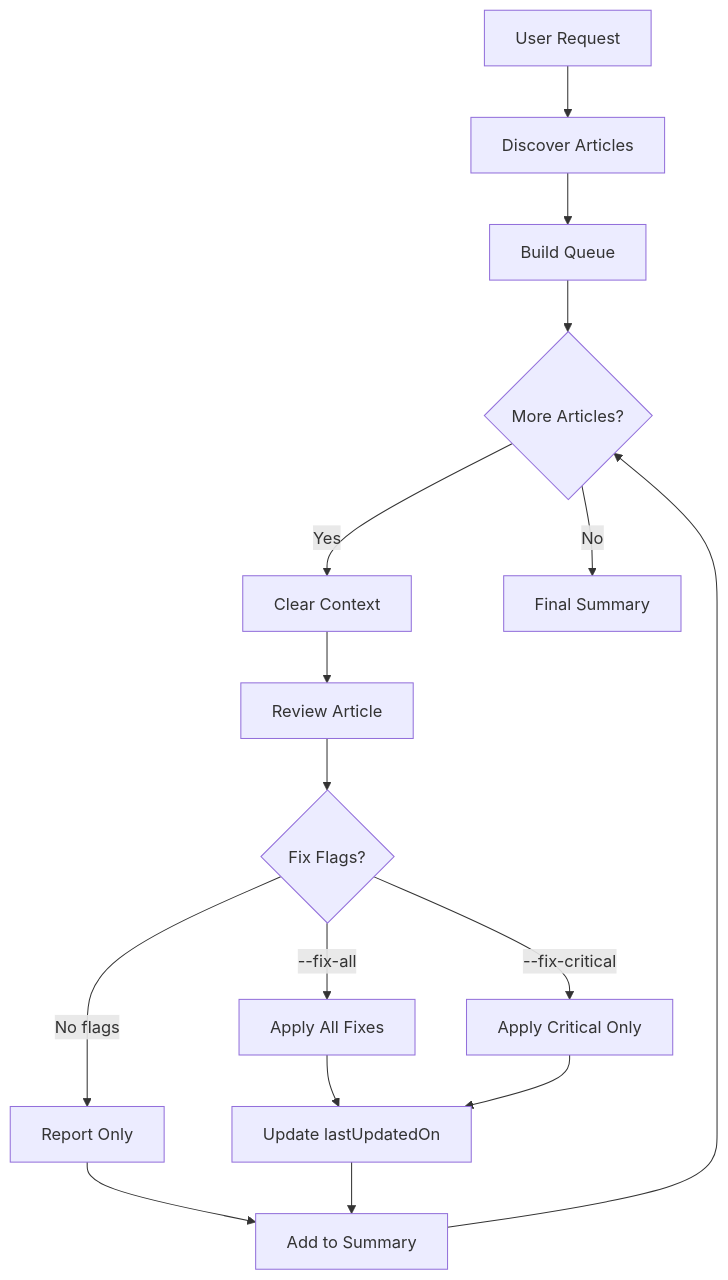
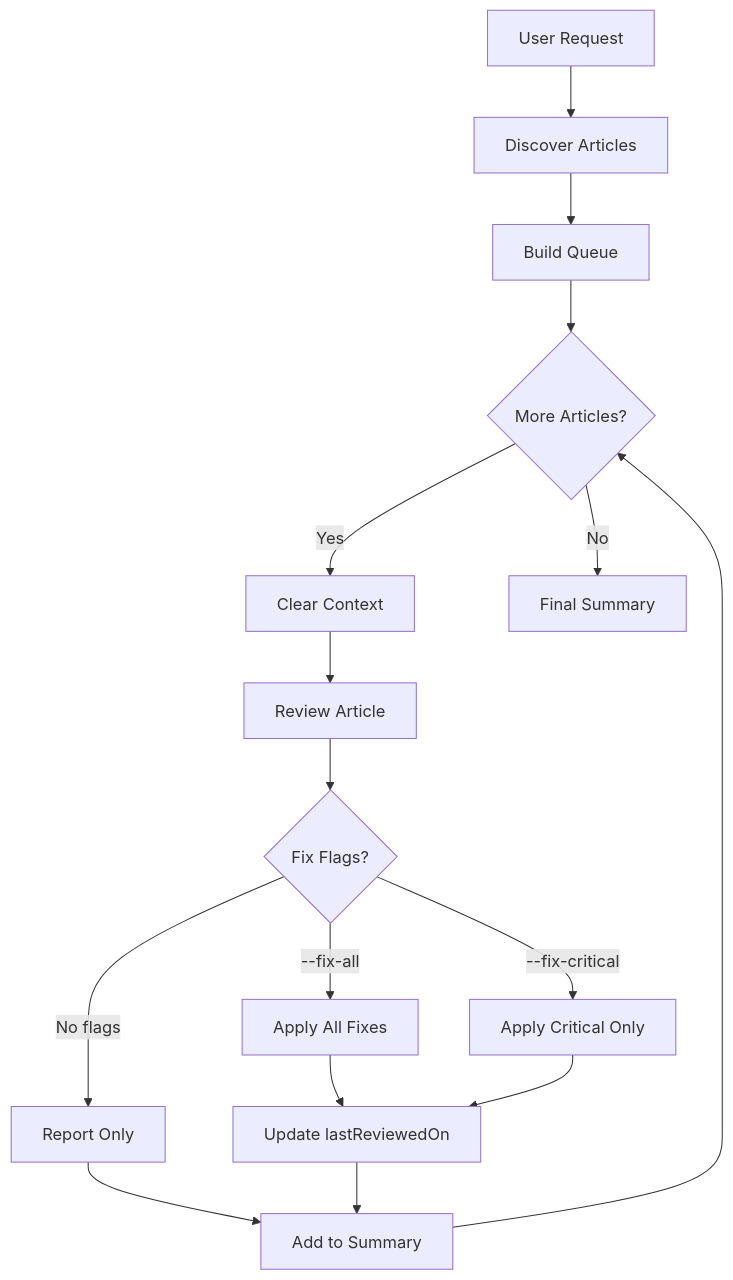
One commit to sujeet-pro/legacy-personal-site changed the diagram in v4/.claude/skills/review-all/SKILL.md. Above: the diagram before and after it, drawn with Mermaid. The commit also changed other lines of this file and 63 other files, not shown here.

Commit message:
chore: switched to last reviewed on

````diff
--- a/v4/.claude/skills/review-all/SKILL.md
+++ b/v4/.claude/skills/review-all/SKILL.md
@@ -29,18 +29,18 @@
 ```mermaid
 flowchart TD
     A[User Request] --> B[Discover Articles]
     B --> C[Build Queue]
     C --> D{More Articles?}
     D -->|Yes| E[Clear Context]
     E --> F[Review Article]
     F --> G{Fix Flags?}
     G -->|--fix-all| H[Apply All Fixes]
     G -->|--fix-critical| I[Apply Critical Only]
     G -->|No flags| J[Report Only]
-    H --> K[Update lastUpdatedOn]
+    H --> K[Update lastReviewedOn]
     I --> K
     J --> L[Add to Summary]
     K --> L
     L --> D
     D -->|No| M[Final Summary]
 ```
````
